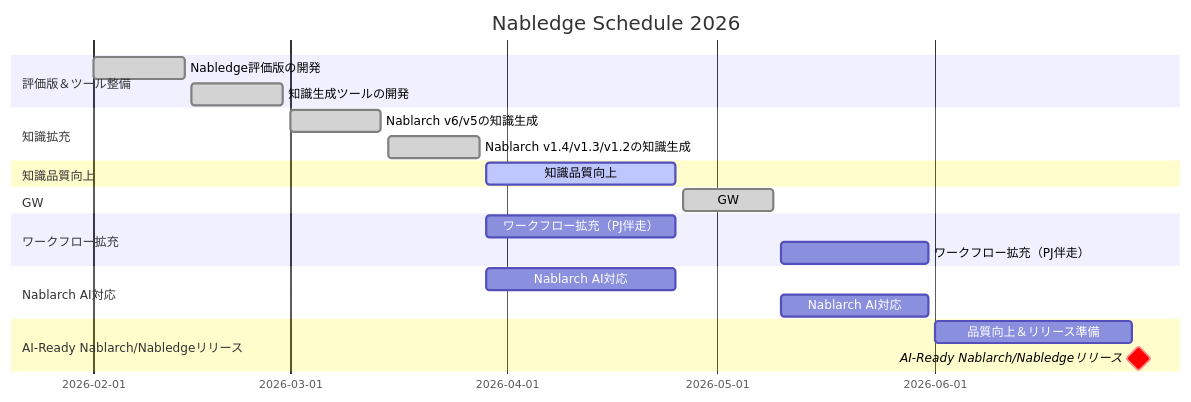
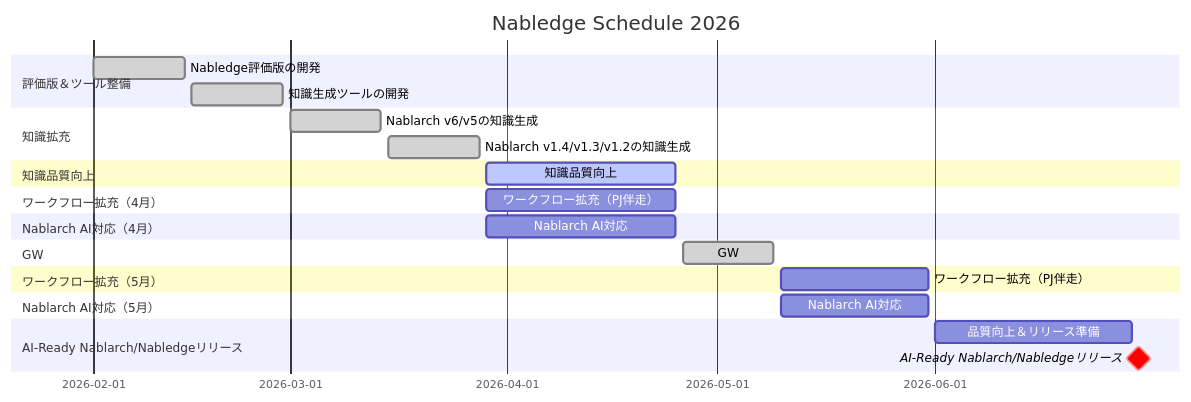
One commit to nablarch/nabledge-dev changed the diagram in docs/development-status.md. Above: the diagram before and after it, drawn with Mermaid.

Commit message:
docs: reorder gantt sections - April 3 items, GW, May 2 items
Split ワークフロー拡充 and Nablarch AI対応 into April/May sections
so the chart reads left-to-right top-to-bottom in chronological order.

````diff
--- a/docs/development-status.md
+++ b/docs/development-status.md
@@ -19,34 +19,38 @@
 ```mermaid
 gantt
     title Nabledge Schedule 2026
     dateFormat YYYY-MM-DD
 
     section 評価版＆ツール整備
     Nabledge評価版の開発             :done, 2026-02-01, 2026-02-14
     知識生成ツールの開発             :done, 2026-02-15, 2026-02-28
 
     section 知識拡充
     Nablarch v6/v5の知識生成        :done, 2026-03-01, 2026-03-14
     Nablarch v1.4/v1.3/v1.2の知識生成 :done, 2026-03-15, 2026-03-28
 
     section 知識品質向上
     知識品質向上                   :active, 2026-03-29, 2026-04-25
 
+    section ワークフロー拡充（4月）
+    ワークフロー拡充（PJ伴走）        :2026-03-29, 2026-04-25
+
+    section Nablarch AI対応（4月）
+    Nablarch AI対応                :2026-03-29, 2026-04-25
+
     section GW
     GW                             :done, 2026-04-26, 2026-05-09
 
-    section ワークフロー拡充
-    ワークフロー拡充（PJ伴走）        :2026-03-29, 2026-04-25
+    section ワークフロー拡充（5月）
     ワークフロー拡充（PJ伴走）        :2026-05-10, 2026-05-31
 
-    section Nablarch AI対応
-    Nablarch AI対応                :2026-03-29, 2026-04-25
+    section Nablarch AI対応（5月）
     Nablarch AI対応                :2026-05-10, 2026-05-31
 
     section AI-Ready Nablarch/Nabledgeリリース
     品質向上＆リリース準備                        :2026-06-01, 2026-06-29
     AI-Ready Nablarch/Nabledgeリリース          :crit, milestone, 2026-06-30, 0d
 
     section
     　                                          :done, 2026-07-01, 2026-07-14
 ```
````
